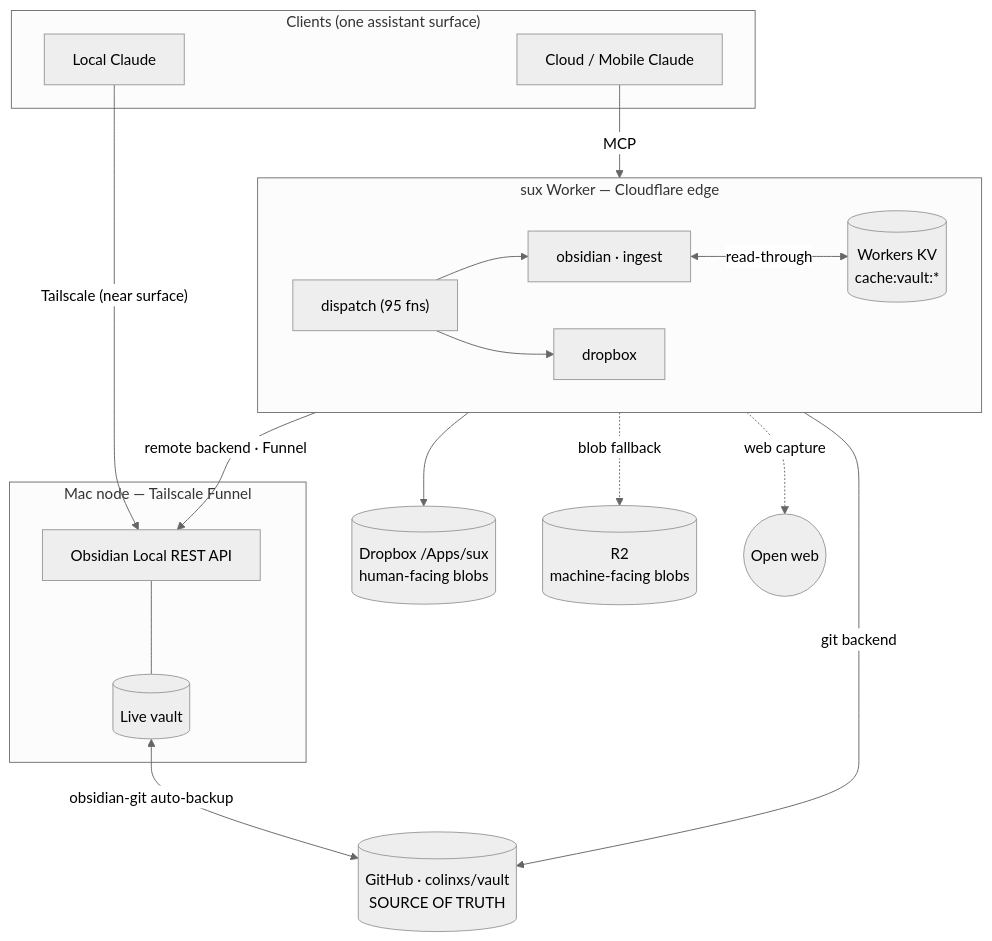
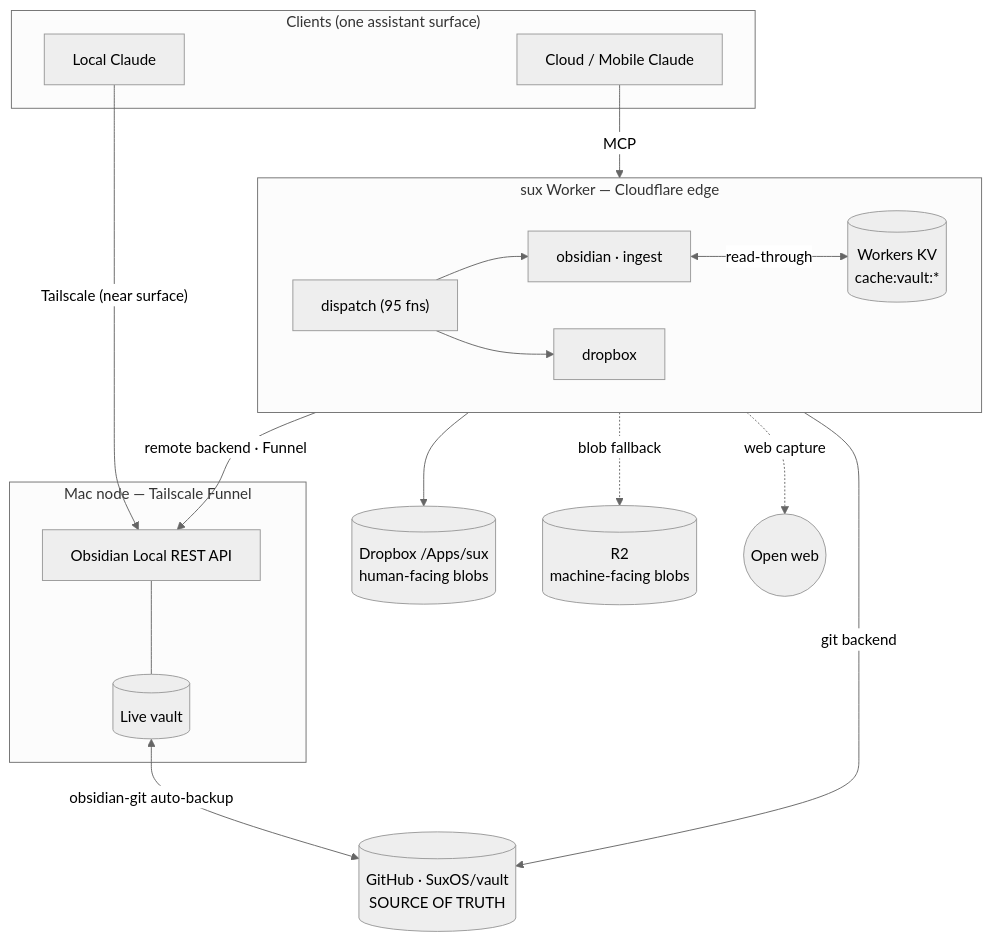
One commit to SuxOS/sux changed the first of 4 diagrams in docs/proposals/archive/architecture.md. Above: the diagram before and after it, drawn with Mermaid (neutral theme). The commit also changed other lines of this file and 14 other files, not shown here.

First line of the commit message:
docs: reconcile stale colinxs/vault repo-name drift org-wide (sux side) (#1527)

````diff
--- a/docs/proposals/archive/architecture.md
+++ b/docs/proposals/archive/architecture.md
@@ -33,38 +33,38 @@
 ```mermaid
 flowchart TB
     subgraph clients["Clients (one assistant surface)"]
         LC["Local Claude"]
         CC["Cloud / Mobile Claude"]
     end
 
     subgraph worker["sux Worker — Cloudflare edge"]
         direction LR
         FNS["dispatch (95 fns)"]
         OBS["obsidian · ingest"]
         DBX["dropbox"]
         KV[("Workers KV<br/>cache:vault:*")]
     end
 
     subgraph mac["Mac node — Tailscale Funnel"]
         REST["Obsidian Local REST API"]
         VAULT[("Live vault")]
     end
 
-    GH[("GitHub · colinxs/vault<br/>SOURCE OF TRUTH")]
+    GH[("GitHub · SuxOS/vault<br/>SOURCE OF TRUTH")]
     DROP[("Dropbox /Apps/sux<br/>human-facing blobs")]
     R2[("R2<br/>machine-facing blobs")]
     WEB(("Open web"))
 
     LC -->|"Tailscale (near surface)"| REST
     CC -->|MCP| FNS
     FNS --> OBS
     FNS --> DBX
     OBS -->|"git backend"| GH
     OBS -->|"remote backend · Funnel"| REST
     OBS <-->|"read-through"| KV
     OBS -.->|"web capture"| WEB
     DBX --> DROP
     OBS -.->|"blob fallback"| R2
     REST --- VAULT
     VAULT <-->|"obsidian-git auto-backup"| GH
 ```
````
